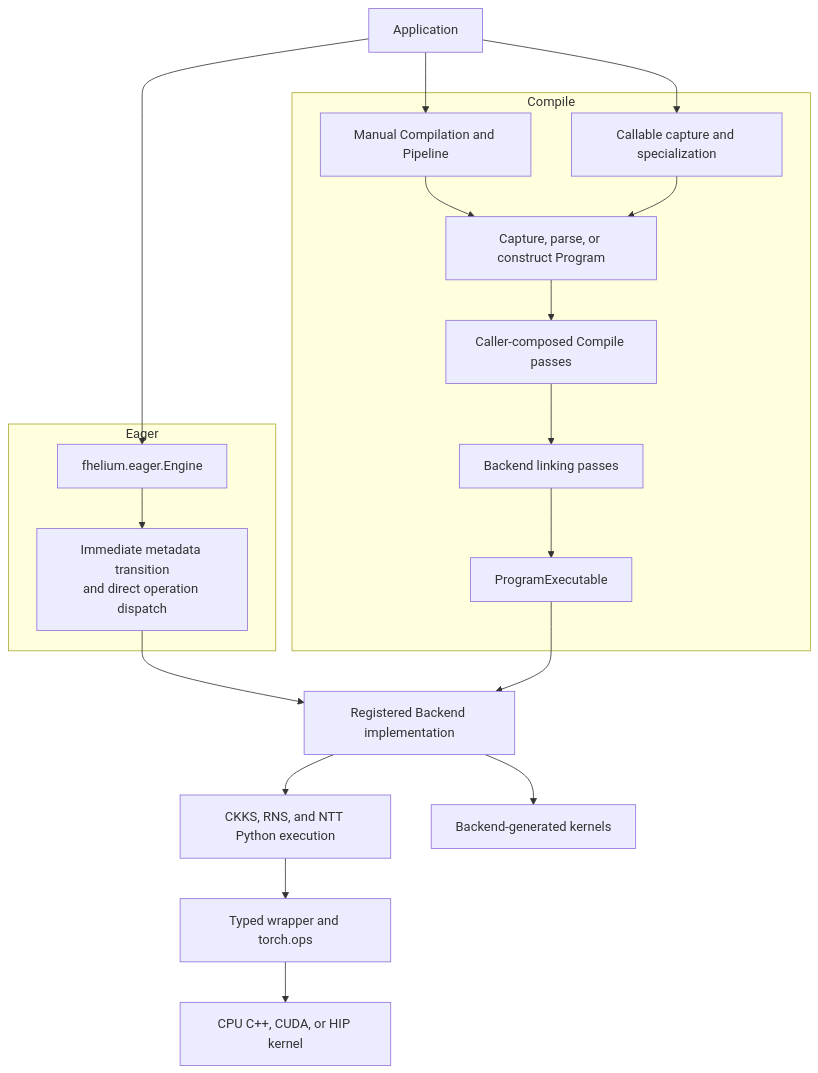
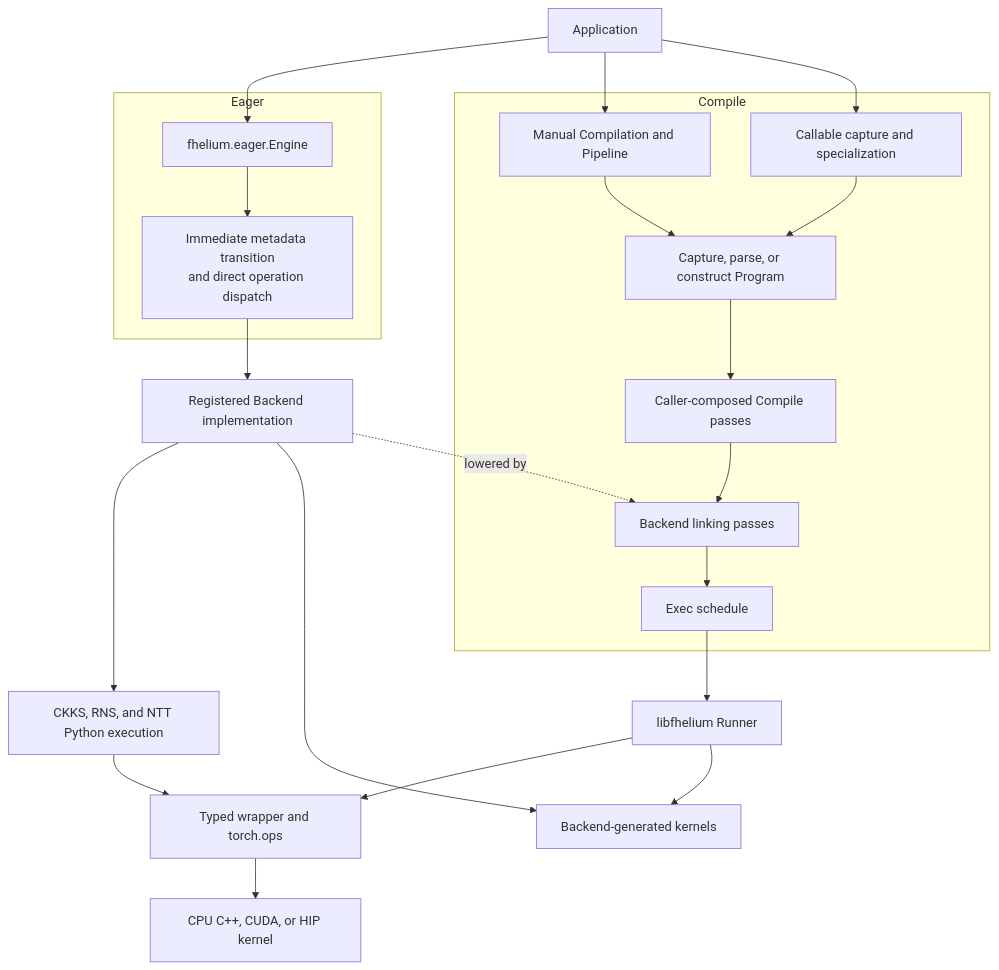
Before and after one commit to visualDust/fhelium: the diagram in docs/developer/source-tree.md, drawn with Mermaid. The commit also changed other lines of this file and 475 other files, not shown here.

````diff
--- a/docs/developer/source-tree.md
+++ b/docs/developer/source-tree.md
@@ -58,35 +58,40 @@
 ```mermaid
 graph TB
     APP[Application]
 
     subgraph Eager
         ENG[fhelium.eager.Engine]
         ECALL[Immediate metadata transition<br/>and direct operation dispatch]
         ENG --> ECALL
     end
 
     subgraph Compile
         MANUAL[Manual Compilation and Pipeline]
         CALLABLE[Callable capture and specialization]
         CAP[Capture, parse, or construct Program]
         MANUAL --> CAP
         CALLABLE --> CAP
         PASS[Caller-composed Compile passes]
         LINK[Backend linking passes]
-        EXE[ProgramExecutable]
-        CAP --> PASS --> LINK --> EXE
+        SCHED[Exec schedule]
+        CAP --> PASS --> LINK --> SCHED
     end
 
     IMPL[Registered Backend implementation]
     PY[CKKS, RNS, and NTT Python execution]
     NATIVE[Typed wrapper and torch.ops]
+    RUNNER[libfhelium Runner]
     DEVICE[CPU C++, CUDA, or HIP kernel]
+    GENERATED[Backend-generated kernels]
 
     APP --> ENG
     APP --> MANUAL
     APP --> CALLABLE
     ECALL --> IMPL
-    EXE --> IMPL
     IMPL --> PY --> NATIVE --> DEVICE
-    IMPL --> GENERATED[Backend-generated kernels]
+    IMPL --> GENERATED
+    IMPL -. lowered by .-> LINK
+    SCHED --> RUNNER
+    RUNNER --> NATIVE
+    RUNNER --> GENERATED
 ```
````
